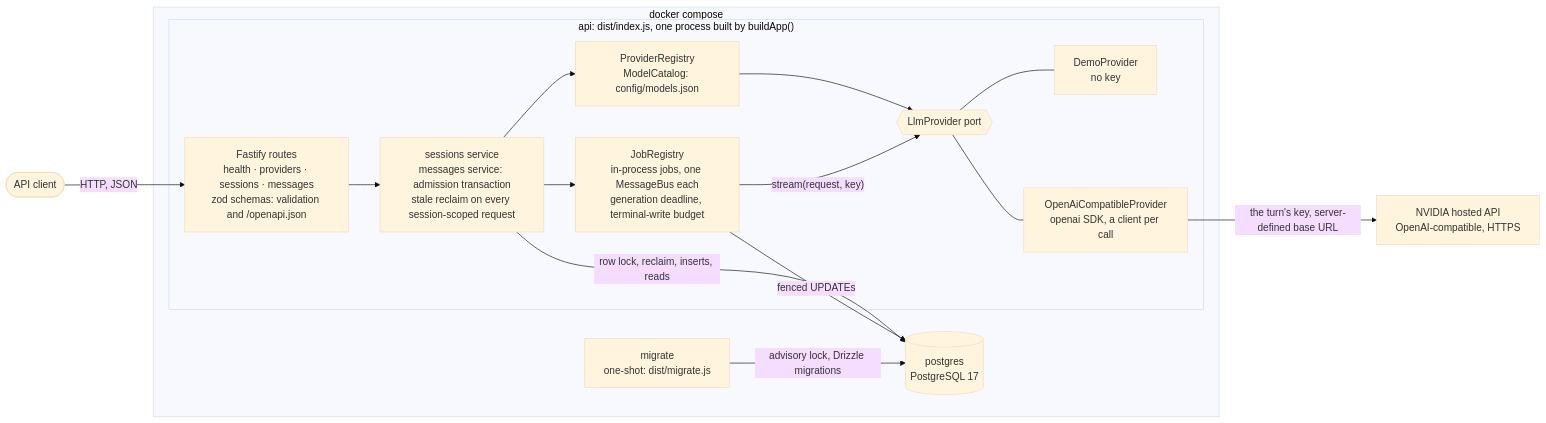
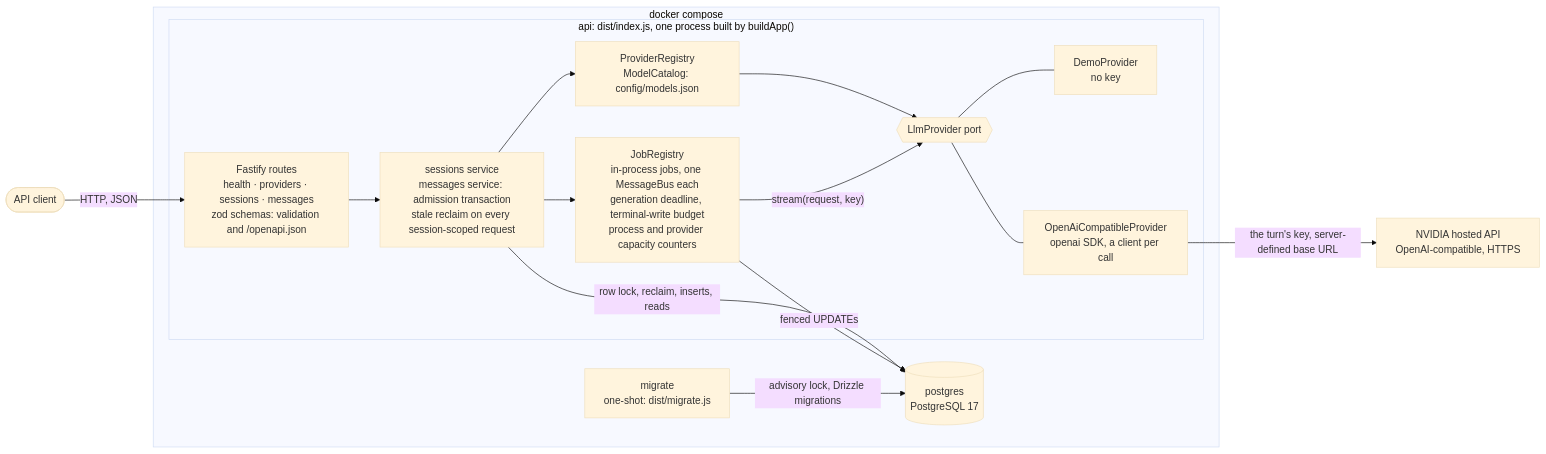
One commit to shaun0457/llm-chat-backend changed the diagram in README.md. Above: the diagram before and after it, drawn with Mermaid (base theme). The commit also changed other lines of this file and 1 other file, not shown here.

````diff
--- a/README.md
+++ b/README.md
@@ -222,32 +222,32 @@
 ```mermaid
 flowchart LR
   client(["API client"])
   nvidia["NVIDIA hosted API<br/>OpenAI-compatible, HTTPS"]
 
   subgraph compose["docker compose"]
     migrate["migrate<br/>one-shot: dist/migrate.js"]
     postgres[("postgres<br/>PostgreSQL 17")]
     subgraph api["api: dist/index.js, one process built by buildApp()"]
       routes["Fastify routes<br/>health · providers · sessions · messages<br/>zod schemas: validation and /openapi.json"]
       services["sessions service<br/>messages service: admission transaction<br/>stale reclaim on every session-scoped request"]
-      jobs["JobRegistry<br/>in-process jobs, one MessageBus each<br/>generation deadline, terminal-write budget"]
+      jobs["JobRegistry<br/>in-process jobs, one MessageBus each<br/>generation deadline, terminal-write budget<br/>process and provider capacity counters"]
       registry["ProviderRegistry<br/>ModelCatalog: config/models.json"]
       port{{"LlmProvider port"}}
       demo["DemoProvider<br/>no key"]
       openai["OpenAiCompatibleProvider<br/>openai SDK, a client per call"]
     end
   end
 
   client -- "HTTP, JSON" --> routes
   routes --> services
   services --> jobs
   services --> registry
   registry --> port
   jobs -- "stream(request, key)" --> port
   port --- demo
   port --- openai
   openai -- "the turn's key, server-defined base URL" --> nvidia
   migrate -- "advisory lock, Drizzle migrations" --> postgres
   services -- "row lock, reclaim, inserts, reads" --> postgres
   jobs -- "fenced UPDATEs" --> postgres
 ```
````
